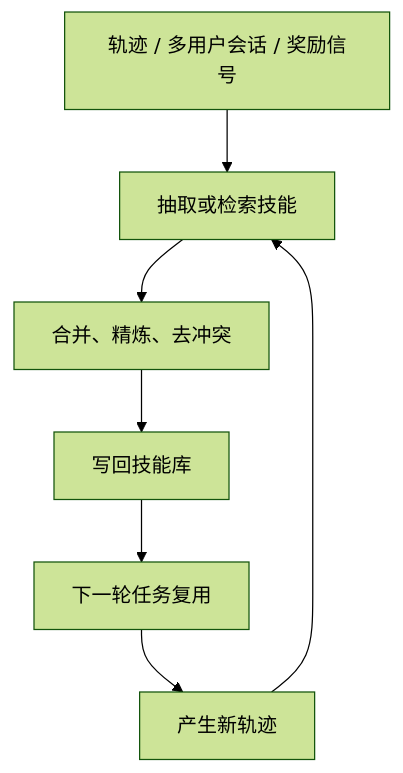
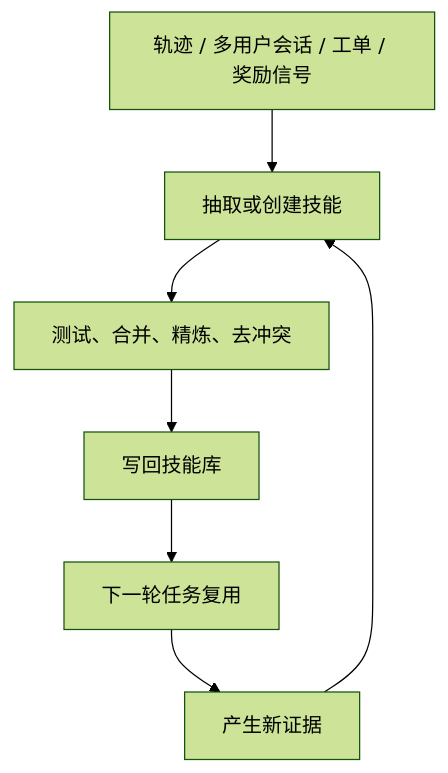
Before and after one commit to pofossette/guidebooks: the second of 4 diagrams in docs/agent-engineering/self-evolve/论文综述.md, drawn with Mermaid (forest theme). The commit also changed other lines of this file and 7 other files, not shown here.

````diff
--- a/docs/agent-engineering/self-evolve/论文综述.md
+++ b/docs/agent-engineering/self-evolve/论文综述.md
@@ -40,9 +42,9 @@
 ```mermaid
 flowchart TD
-    A[轨迹 / 多用户会话 / 奖励信号] --> B[抽取或检索技能]
-    B --> C[合并、精炼、去冲突]
+    A[轨迹 / 多用户会话 / 工单 / 奖励信号] --> B[抽取或创建技能]
+    B --> C[测试、合并、精炼、去冲突]
     C --> D[写回技能库]
     D --> E[下一轮任务复用]
-    E --> F[产生新轨迹]
+    E --> F[产生新证据]
     F --> B
 ```
````
